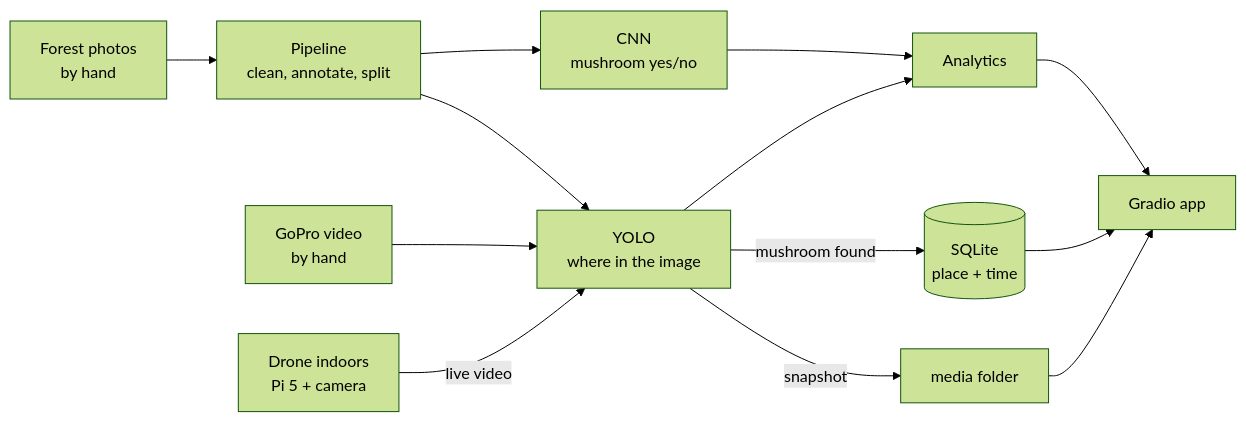
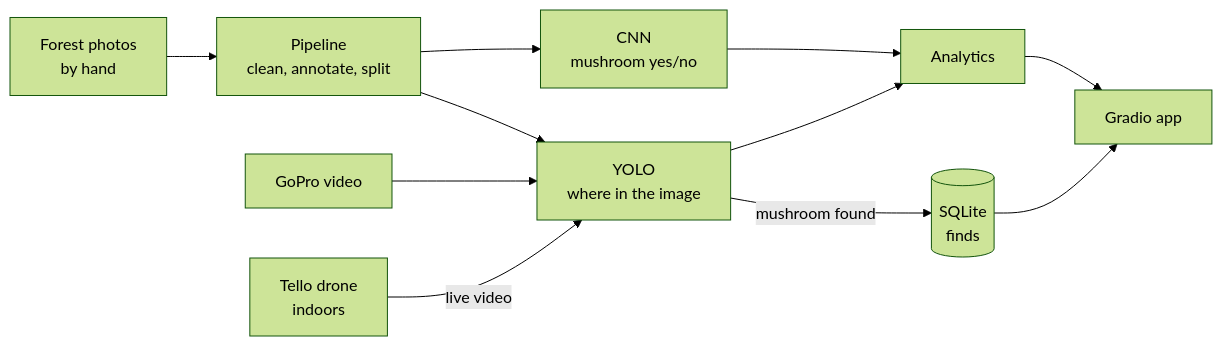
One commit to Sairanyx/craterellus changed the diagram in README.md. Above: the diagram before and after it, drawn with Mermaid (forest theme). The commit also changed other lines of this file and 12 other files, not shown here.

````diff
--- a/README.md
+++ b/README.md
@@ -25,15 +17,13 @@
 ```mermaid
 flowchart LR
     A[Forest photos<br/>by hand] --> B[Pipeline<br/>clean, annotate, split]
     B --> C[CNN<br/>mushroom yes/no]
     B --> D[YOLO<br/>where in the image]
     C --> E[Analytics]
     D --> E
-    G[GoPro video<br/>by hand] --> D
-    H[Drone indoors<br/>Pi 5 + camera] -->|live video| D
-    D -->|mushroom found| I[(SQLite<br/>place + time)]
-    D -->|snapshot| J[media folder]
+    G[GoPro video] --> D
+    H[Tello drone<br/>indoors] -->|live video| D
+    D -->|mushroom found| I[(SQLite<br/>finds)]
     I --> F[Gradio app]
-    J --> F
     E --> F
 ```
````
